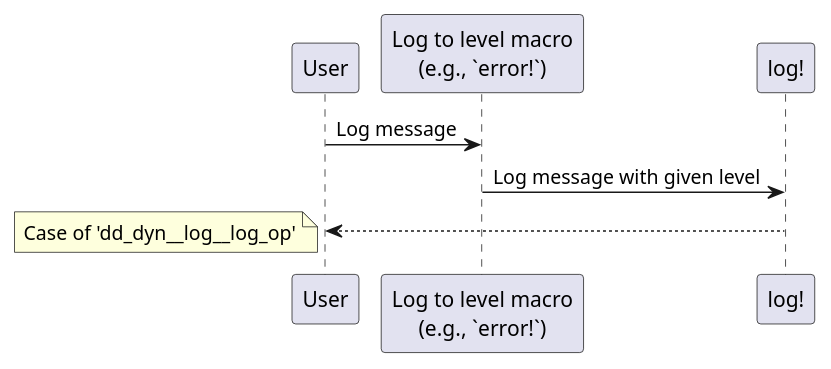
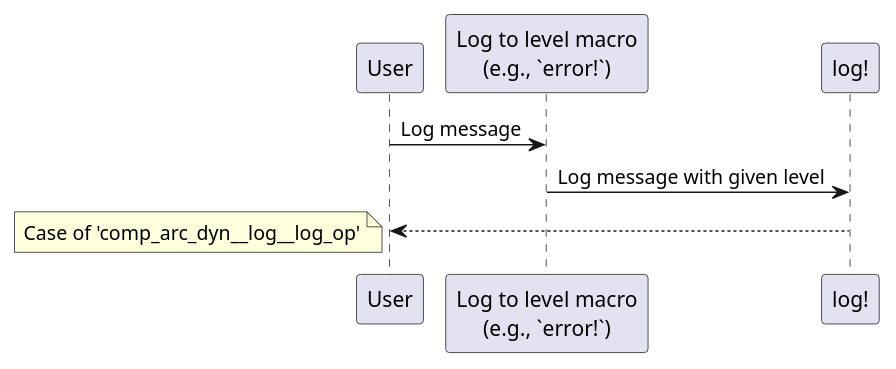
One commit to eclipse-score/baselibs changed the diagram in score/mw/log/docs/detailed_design/_assets/log_to_level.puml. Above: the diagram before and after it, drawn with PlantUML.

Commit message:
docs(mw/log): refer to the existing log operation need in log_to_level
dd_dyn__log__log_op does not exist, the log operation is
comp_arc_dyn__log__log_op.

```diff
--- a/score/mw/log/docs/detailed_design/_assets/log_to_level.puml
+++ b/score/mw/log/docs/detailed_design/_assets/log_to_level.puml
@@ -1,15 +1,15 @@
 @startuml log_to_level
 
 participant "User" as actor
 participant "Log to level macro\n(e.g., `error!`)" as log_to_level_macro
 participant "log!" as log_macro
 
 actor -> log_to_level_macro : Log message
 log_to_level_macro -> log_macro : Log message with given level
 log_macro --> actor
 
 note left
-    Case of 'dd_dyn<U+005F><U+005F>log<U+005F><U+005F>log_op'
+    Case of 'comp_arc_dyn<U+005F><U+005F>log<U+005F><U+005F>log_op'
 end note
 
 @enduml
```
